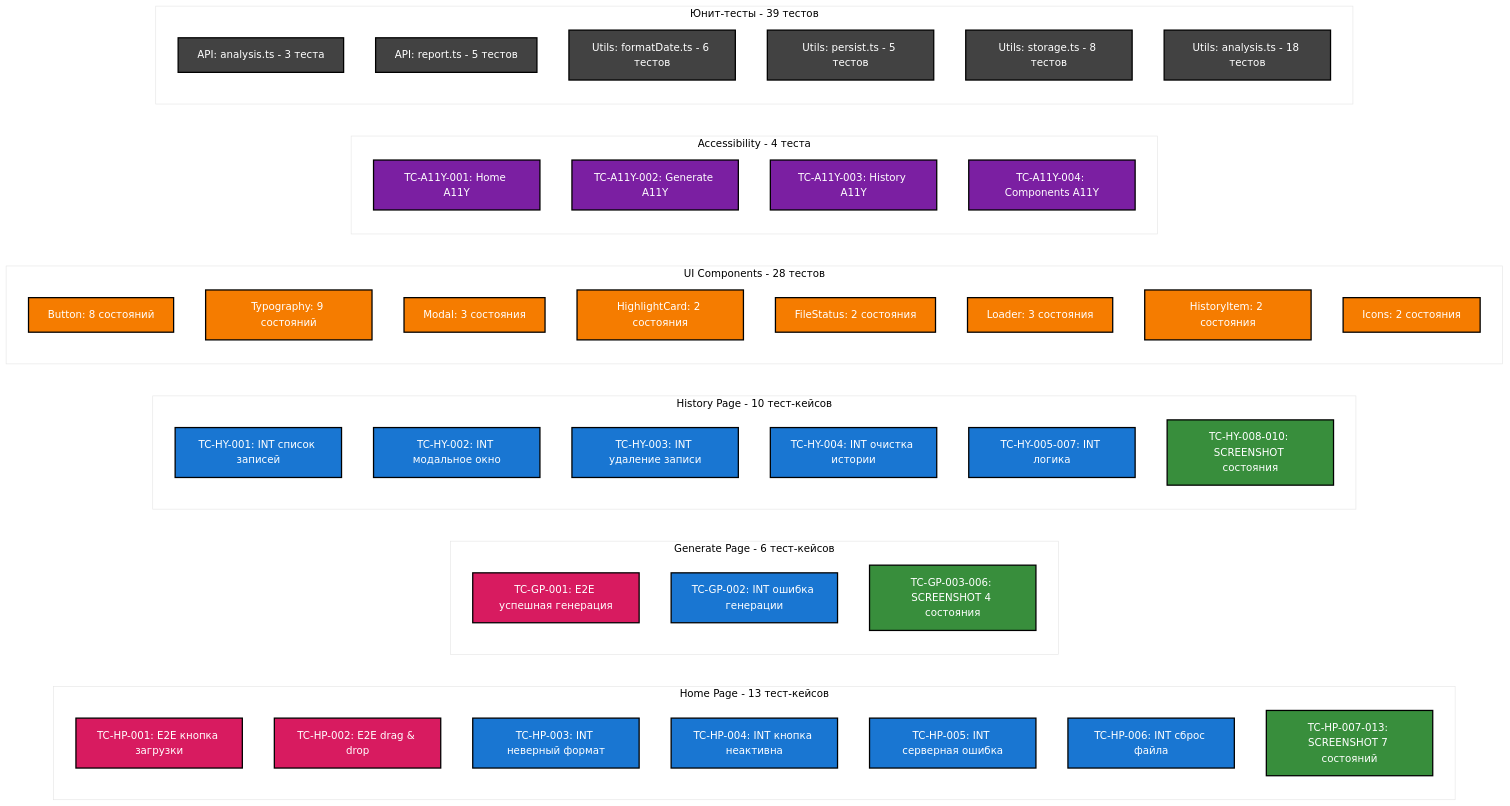
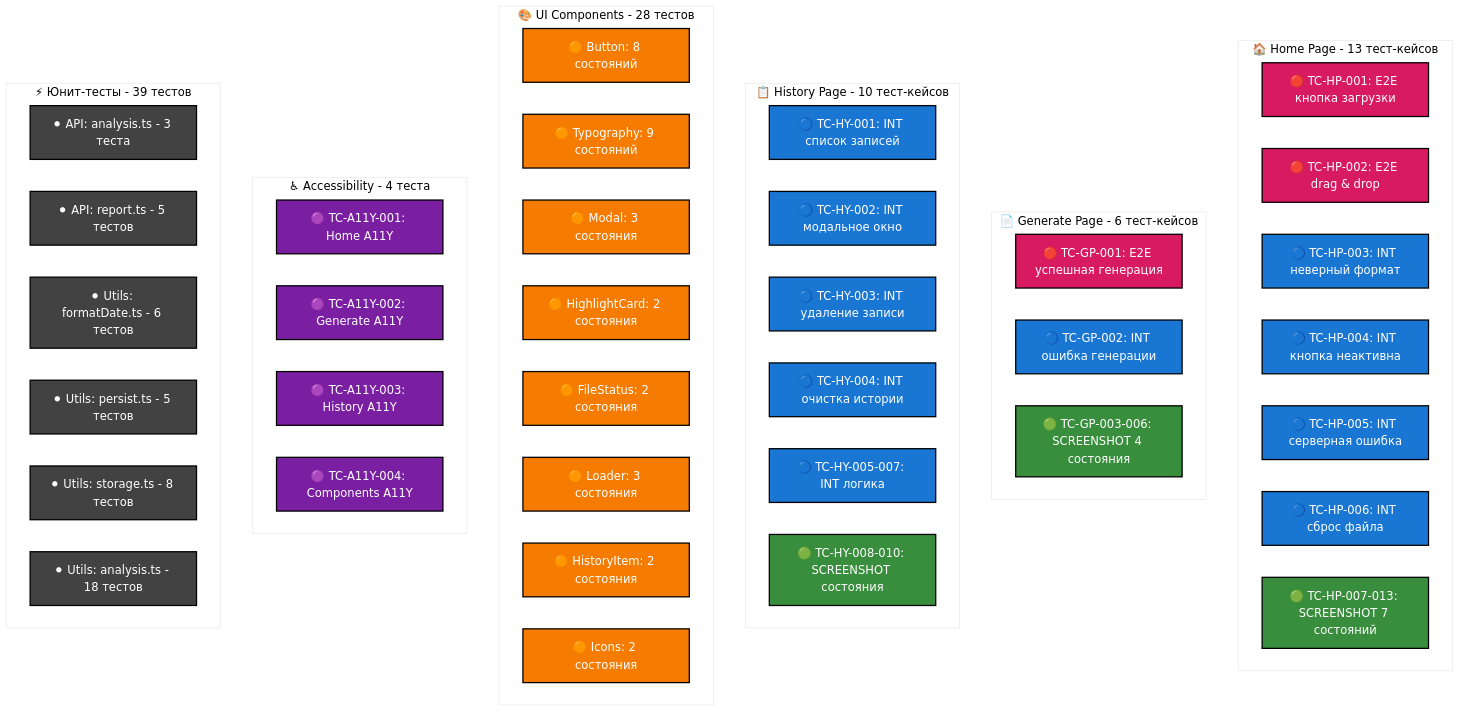
One commit to etozhenerk/shri-2025 changed the third of 5 diagrams in docs/presentation.md. Above: the diagram before and after it, drawn with Mermaid. The commit also changed other lines of this file, not shown here.

````diff
--- a/docs/presentation.md
+++ b/docs/presentation.md
@@ -190,91 +212,70 @@
 ```mermaid
-%%{init: {'theme':'base', 'themeVariables': { 'fontSize': '16px', 'fontFamily': 'Arial', 'primaryColor': '#ffffff', 'primaryTextColor': '#000000'}}}%%
-graph LR
-    subgraph "Home Page - 13 тест-кейсов"
-        HP1["TC-HP-001: E2E кнопка загрузки"]
-        HP2["TC-HP-002: E2E drag & drop"]
-        HP3["TC-HP-003: INT неверный формат"]
-        HP4["TC-HP-004: INT кнопка неактивна"]
-        HP5["TC-HP-005: INT серверная ошибка"]
-        HP6["TC-HP-006: INT сброс файла"]
-        HP7["TC-HP-007-013: SCREENSHOT 7 состояний"]
+%%{init: {'theme':'base', 'themeVariables': { 'fontSize': '18px', 'fontFamily': 'Arial', 'primaryColor': '#ffffff', 'primaryTextColor': '#000000'}}}%%
+graph TD
+    subgraph "🏠 Home Page - 13 тест-кейсов"
+        HP1["🔴 TC-HP-001: E2E кнопка загрузки"]
+        HP2["🔴 TC-HP-002: E2E drag & drop"]
+        HP3["🔵 TC-HP-003: INT неверный формат"]
+        HP4["🔵 TC-HP-004: INT кнопка неактивна"]
+        HP5["🔵 TC-HP-005: INT серверная ошибка"]
+        HP6["🔵 TC-HP-006: INT сброс файла"]
+        HP7["🟢 TC-HP-007-013: SCREENSHOT 7 состояний"]
     end
     
-    subgraph "Generate Page - 6 тест-кейсов"
-        GP1["TC-GP-001: E2E успешная генерация"]
-        GP2["TC-GP-002: INT ошибка генерации"]
-        GP3["TC-GP-003-006: SCREENSHOT 4 состояния"]
+    subgraph "📄 Generate Page - 6 тест-кейсов"
+        GP1["🔴 TC-GP-001: E2E успешная генерация"]
+        GP2["🔵 TC-GP-002: INT ошибка генерации"]
+        GP3["🟢 TC-GP-003-006: SCREENSHOT 4 состояния"]
     end
     
-    subgraph "History Page - 10 тест-кейсов"
-        HY1["TC-HY-001: INT список записей"]
-        HY2["TC-HY-002: INT модальное окно"]
-        HY3["TC-HY-003: INT удаление записи"]
-        HY4["TC-HY-004: INT очистка истории"]
-        HY5["TC-HY-005-007: INT логика"]
-        HY6["TC-HY-008-010: SCREENSHOT состояния"]
+    subgraph "📋 History Page - 10 тест-кейсов"
+        HY1["🔵 TC-HY-001: INT список записей"]
+        HY2["🔵 TC-HY-002: INT модальное окно"]
+        HY3["🔵 TC-HY-003: INT удаление записи"]
+        HY4["🔵 TC-HY-004: INT очистка истории"]
+        HY5["🔵 TC-HY-005-007: INT логика"]
+        HY6["🟢 TC-HY-008-010: SCREENSHOT состояния"]
     end
     
-    subgraph "UI Components - 28 тестов"
-        UI1["Button: 8 состояний"]
-        UI2["Typography: 9 состояний"]
-        UI3["Modal: 3 состояния"]
-        UI4["HighlightCard: 2 состояния"]
-        UI5["FileStatus: 2 состояния"]
-        UI6["Loader: 3 состояния"]
-        UI7["HistoryItem: 2 состояния"]
-        UI8["Icons: 2 состояния"]
+    subgraph "🎨 UI Components - 28 тестов"
+        UI1["🟠 Button: 8 состояний"]
+        UI2["🟠 Typography: 9 состояний"]
+        UI3["🟠 Modal: 3 состояния"]
+        UI4["🟠 HighlightCard: 2 состояния"]
+        UI5["🟠 FileStatus: 2 состояния"]
+        UI6["🟠 Loader: 3 состояния"]
+        UI7["🟠 HistoryItem: 2 состояния"]
+        UI8["🟠 Icons: 2 состояния"]
     end
     
-    subgraph "Accessibility - 4 теста"
-        A1["TC-A11Y-001: Home A11Y"]
-        A2["TC-A11Y-002: Generate A11Y"]
-        A3["TC-A11Y-003: History A11Y"]
-        A4["TC-A11Y-004: Components A11Y"]
+    subgraph "♿ Accessibility - 4 теста"
+        A1["🟣 TC-A11Y-001: Home A11Y"]
+        A2["🟣 TC-A11Y-002: Generate A11Y"]
+        A3["🟣 TC-A11Y-003: History A11Y"]
+        A4["🟣 TC-A11Y-004: Components A11Y"]
     end
     
-    subgraph "Юнит-тесты - 39 тестов"
-        UT1["API: analysis.ts - 3 теста"]
-        UT2["API: report.ts - 5 тестов"]
-        UT3["Utils: formatDate.ts - 6 тестов"]
-        UT4["Utils: persist.ts - 5 тестов"]
-        UT5["Utils: storage.ts - 8 тестов"]
-        UT6["Utils: analysis.ts - 18 тестов"]
+    subgraph "⚡ Юнит-тесты - 39 тестов"
+        UT1["⚫ API: analysis.ts - 3 теста"]
+        UT2["⚫ API: report.ts - 5 тестов"]
+        UT3["⚫ Utils: formatDate.ts - 6 тестов"]
+        UT4["⚫ Utils: persist.ts - 5 тестов"]
+        UT5["⚫ Utils: storage.ts - 8 тестов"]
+        UT6["⚫ Utils: analysis.ts - 18 тестов"]
     end
 
     %% Стили с контрастными цветами
-    style HP1 fill:#d81b60,stroke:#000,stroke-width:2px,color:#fff
-    style HP2 fill:#d81b60,stroke:#000,stroke-width:2px,color:#fff
-    style GP1 fill:#d81b60,stroke:#000,stroke-width:2px,color:#fff
-    style HP3 fill:#1976d2,stroke:#000,stroke-width:2px,color:#fff
-    style HP4 fill:#1976d2,stroke:#000,stroke-width:2px,color:#fff
-    style HP5 fill:#1976d2,stroke:#000,stroke-width:2px,color:#fff
-    style HP6 fill:#1976d2,stroke:#000,stroke-width:2px,color:#fff
-    style GP2 fill:#1976d2,stroke:#000,stroke-width:2px,color:#fff
-    style HY1 fill:#1976d2,stroke:#000,stroke-width:2px,color:#fff
-    style HY2 fill:#1976d2,stroke:#000,stroke-width:2px,color:#fff
-    style HY3 fill:#1976d2,stroke:#000,stroke-width:2px,color:#fff
-    style HY4 fill:#1976d2,stroke:#000,stroke-width:2px,color:#fff
-    style HY5 fill:#1976d2,stroke:#000,stroke-width:2px,color:#fff
-    style HP7 fill:#388e3c,stroke:#000,stroke-width:2px,color:#fff
-    style GP3 fill:#388e3c,stroke:#000,stroke-width:2px,color:#fff
-    style HY6 fill:#388e3c,stroke:#000,stroke-width:2px,color:#fff
-    style UI1 fill:#f57c00,stroke:#000,stroke-width:2px,color:#fff
-    style UI2 fill:#f57c00,stroke:#000,stroke-width:2px,color:#fff
-    style UI3 fill:#f57c00,stroke:#000,stroke-width:2px,color:#fff
-    style UI4 fill:#f57c00,stroke:#000,stroke-width:2px,color:#fff
-    style UI5 fill:#f57c00,stroke:#000,stroke-width:2px,color:#fff
-    style UI6 fill:#f57c00,stroke:#000,stroke-width:2px,color:#fff
-    style UI7 fill:#f57c00,stroke:#000,stroke-width:2px,color:#fff
-    style UI8 fill:#f57c00,stroke:#000,stroke-width:2px,color:#fff
-    style A1 fill:#7b1fa2,stroke:#000,stroke-width:2px,color:#fff
-    style A2 fill:#7b1fa2,stroke:#000,stroke-width:2px,color:#fff
-    style A3 fill:#7b1fa2,stroke:#000,stroke-width:2px,color:#fff
-    style A4 fill:#7b1fa2,stroke:#000,stroke-width:2px,color:#fff
-    style UT1 fill:#424242,stroke:#000,stroke-width:2px,color:#fff
-    style UT2 fill:#424242,stroke:#000,stroke-width:2px,color:#fff
-    style UT3 fill:#424242,stroke:#000,stroke-width:2px,color:#fff
-    style UT4 fill:#424242,stroke:#000,stroke-width:2px,color:#fff
-    style UT5 fill:#424242,stroke:#000,stroke-width:2px,color:#fff
-    style UT6 fill:#424242,stroke:#000,stroke-width:2px,color:#fff
+    classDef e2e fill:#d81b60,stroke:#000,stroke-width:2px,color:#fff
+    classDef integration fill:#1976d2,stroke:#000,stroke-width:2px,color:#fff
+    classDef screenshot fill:#388e3c,stroke:#000,stroke-width:2px,color:#fff
+    classDef ui fill:#f57c00,stroke:#000,stroke-width:2px,color:#fff
+    classDef a11y fill:#7b1fa2,stroke:#000,stroke-width:2px,color:#fff
+    classDef unit fill:#424242,stroke:#000,stroke-width:2px,color:#fff
+    
+    class HP1,HP2,GP1 e2e
+    class HP3,HP4,HP5,HP6,GP2,HY1,HY2,HY3,HY4,HY5 integration
+    class HP7,GP3,HY6 screenshot
+    class UI1,UI2,UI3,UI4,UI5,UI6,UI7,UI8 ui
+    class A1,A2,A3,A4 a11y
+    class UT1,UT2,UT3,UT4,UT5,UT6 unit
 ```
````
